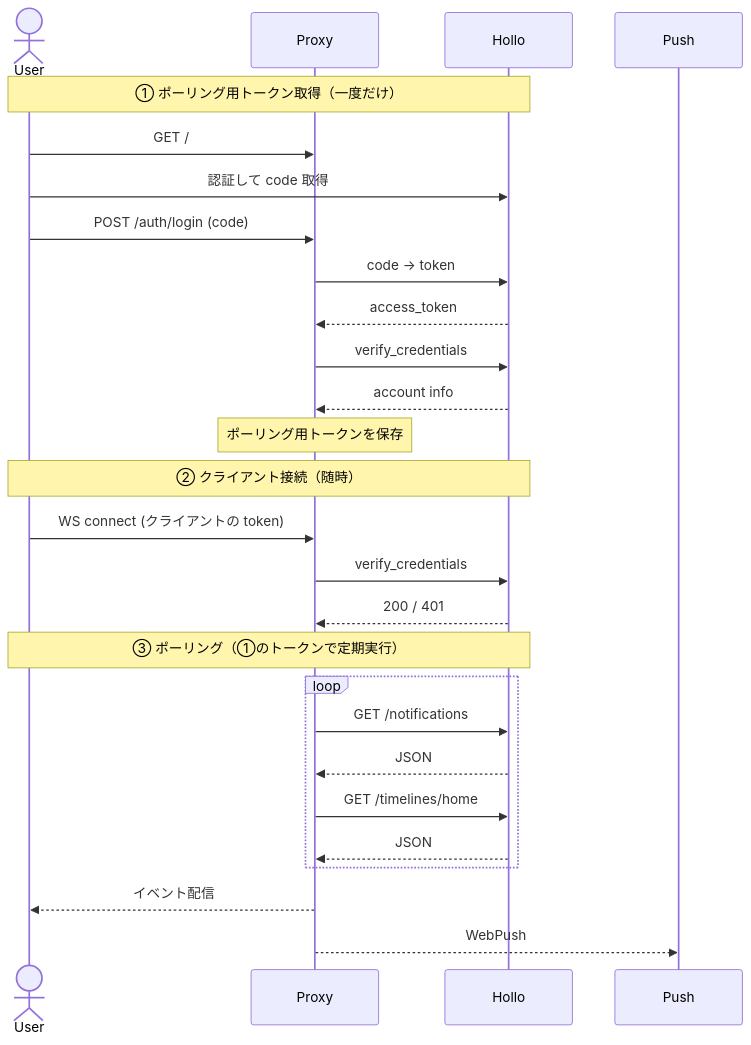
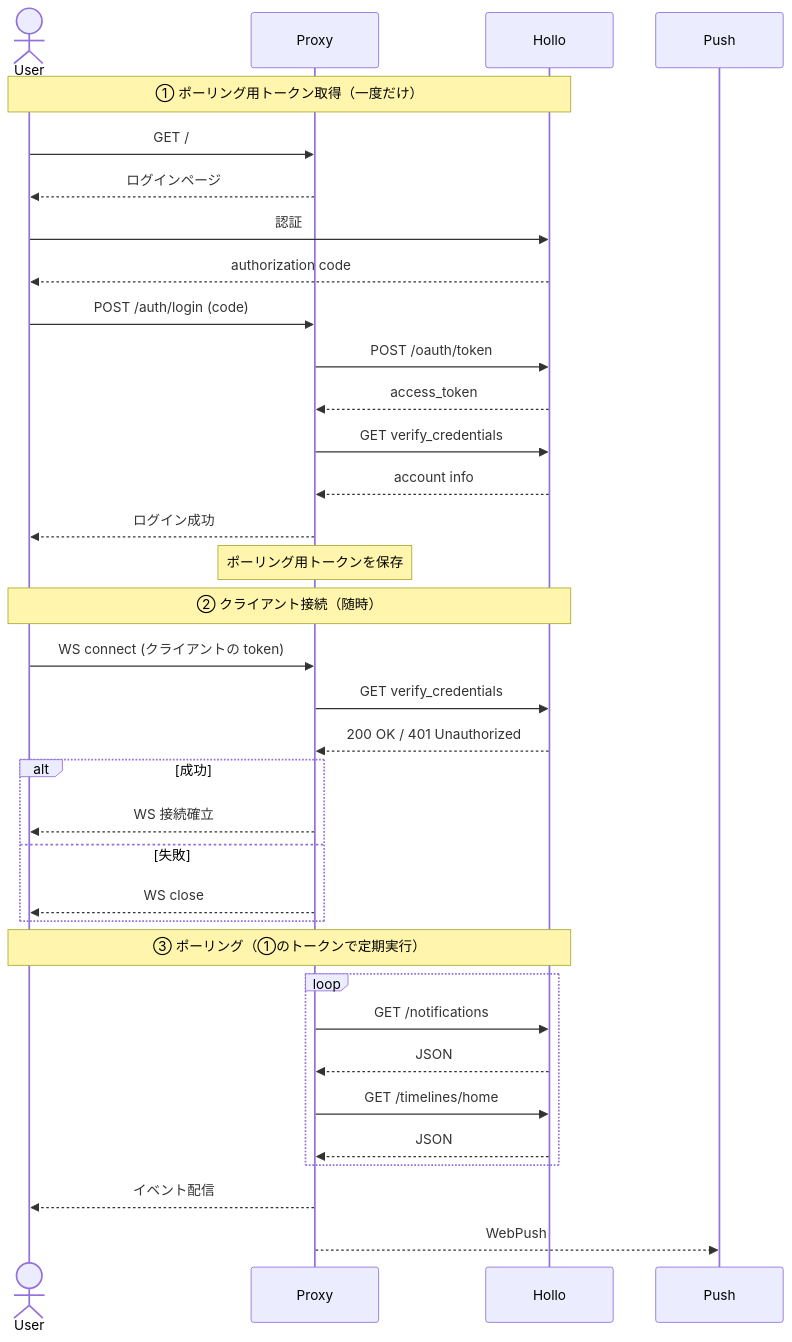
Before and after one commit to ntsklab/hollo-stream-proxy: the diagram in README.md, drawn with Mermaid.

Commit message:
Complete all request/response arrows in sequence diagram

````diff
--- a/README.md
+++ b/README.md
@@ -121,31 +121,39 @@
 ```mermaid
 sequenceDiagram
     actor User
     participant Proxy
     participant Hollo
 
     Note over User,Hollo: ① ポーリング用トークン取得（一度だけ）
     User->>Proxy: GET /
-    User->>Hollo: 認証して code 取得
+    Proxy-->>User: ログインページ
+    User->>Hollo: 認証
+    Hollo-->>User: authorization code
     User->>Proxy: POST /auth/login (code)
-    Proxy->>Hollo: code → token
+    Proxy->>Hollo: POST /oauth/token
     Hollo-->>Proxy: access_token
-    Proxy->>Hollo: verify_credentials
+    Proxy->>Hollo: GET verify_credentials
     Hollo-->>Proxy: account info
+    Proxy-->>User: ログイン成功
     Note over Proxy: ポーリング用トークンを保存
 
     Note over User,Hollo: ② クライアント接続（随時）
     User->>Proxy: WS connect (クライアントの token)
-    Proxy->>Hollo: verify_credentials
-    Hollo-->>Proxy: 200 / 401
+    Proxy->>Hollo: GET verify_credentials
+    Hollo-->>Proxy: 200 OK / 401 Unauthorized
+    alt 成功
+        Proxy-->>User: WS 接続確立
+    else 失敗
+        Proxy-->>User: WS close
+    end
 
     Note over User,Hollo: ③ ポーリング（①のトークンで定期実行）
     loop
         Proxy->>Hollo: GET /notifications
         Hollo-->>Proxy: JSON
         Proxy->>Hollo: GET /timelines/home
         Hollo-->>Proxy: JSON
     end
     Proxy-->>User: イベント配信
     Proxy-->>Push: WebPush
 ```
````
